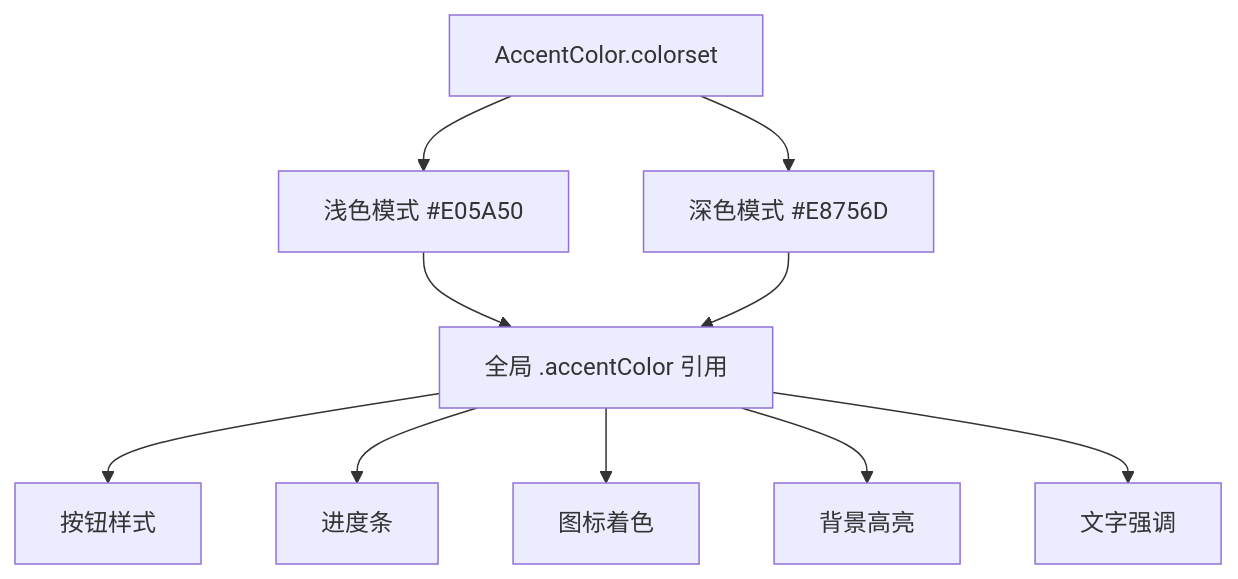
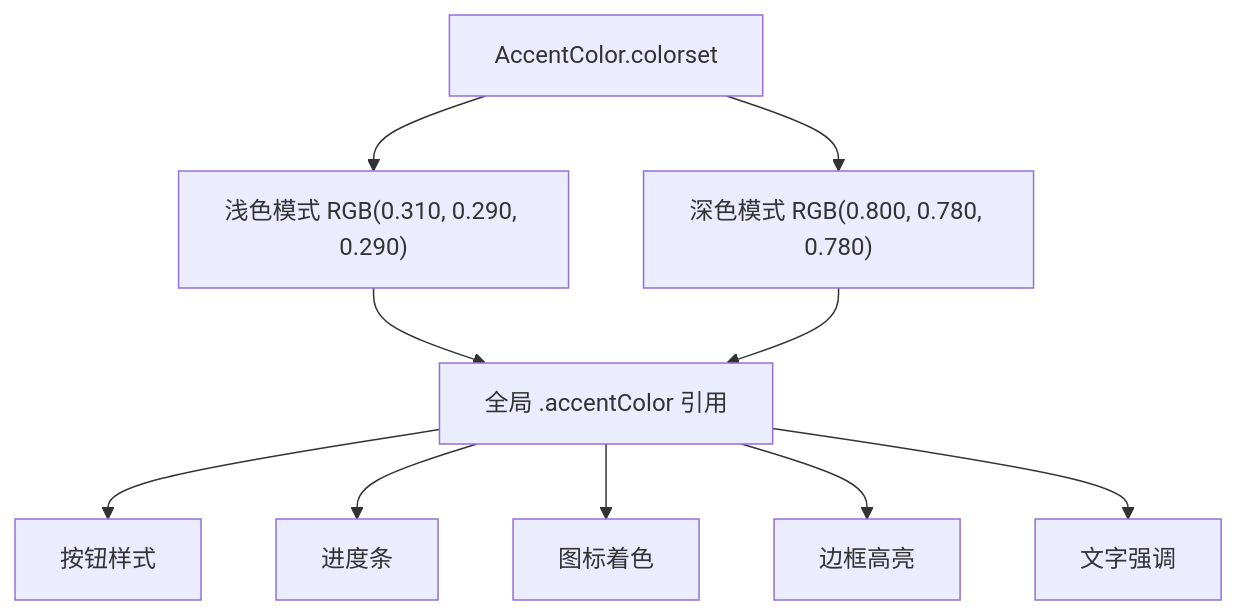
One commit to Primoguo/VoiceReader changed the third of 11 diagrams in .qoder/repowiki/zh/content/用户界面设计/用户界面设计.md. Above: the diagram before and after it, drawn with Mermaid. The commit also changed other lines of this file and 92 other files, not shown here.

````diff
--- a/.qoder/repowiki/zh/content/用户界面设计/用户界面设计.md
+++ b/.qoder/repowiki/zh/content/用户界面设计/用户界面设计.md
@@ -250,12 +264,12 @@
 ```mermaid
 flowchart TD
-A["AccentColor.colorset"] --> B["浅色模式 #E05A50"]
-A --> C["深色模式 #E8756D"]
+A["AccentColor.colorset"] --> B["浅色模式 RGB(0.310, 0.290, 0.290)"]
+A --> C["深色模式 RGB(0.800, 0.780, 0.780)"]
 B --> D["全局 .accentColor 引用"]
 C --> D
 D --> E["按钮样式"]
 D --> F["进度条"]
 D --> G["图标着色"]
-D --> H["背景高亮"]
+D --> H["边框高亮"]
 D --> I["文字强调"]
 ```
````
